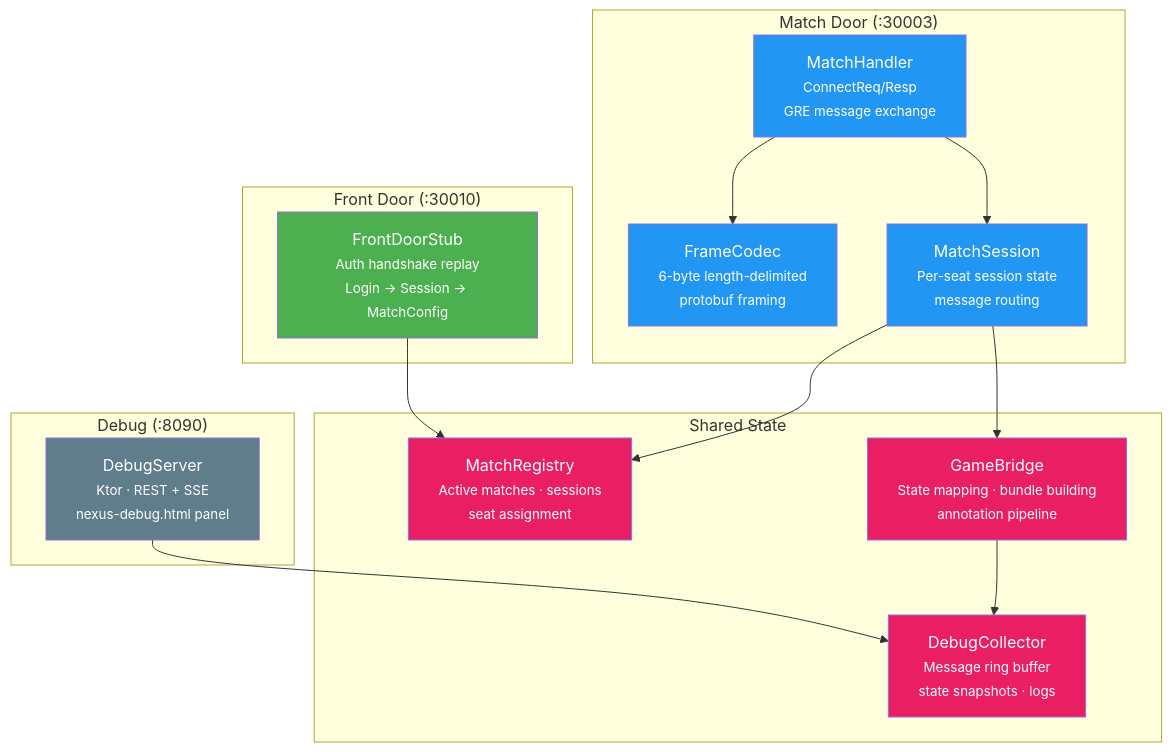
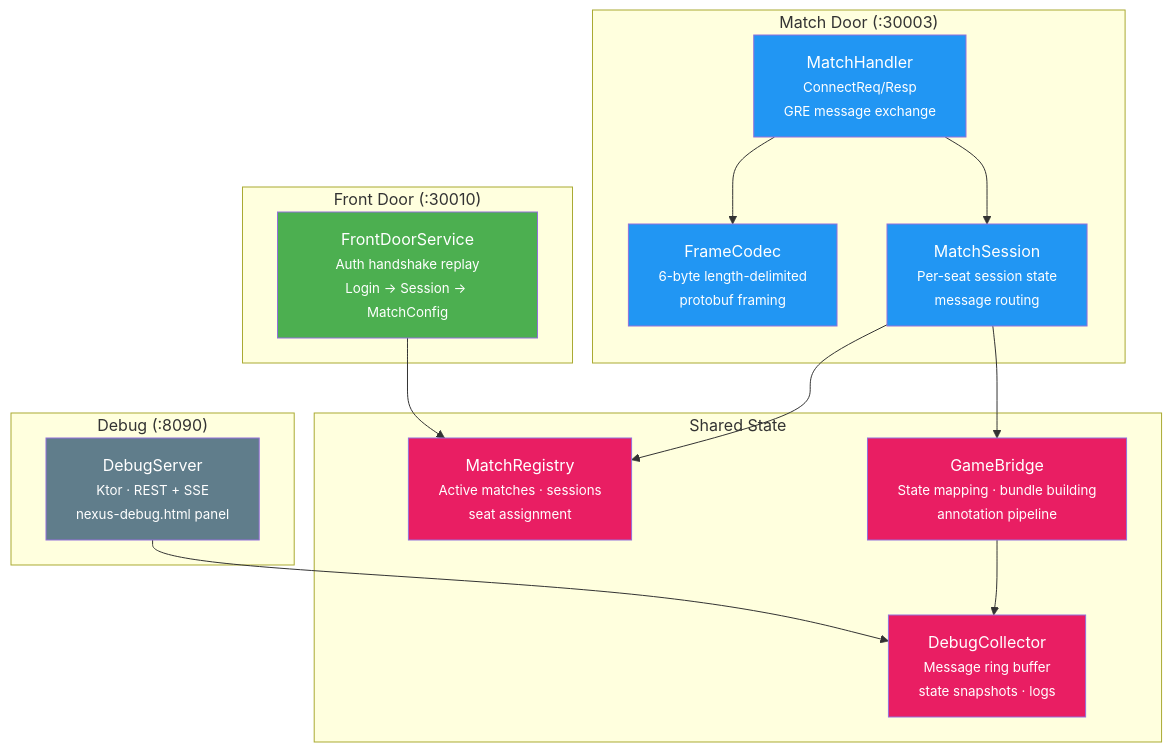
Before and after one commit to delebedev/leyline: the second of 4 diagrams in docs/architecture.md, drawn with Mermaid. The commit also changed other lines of this file and 38 other files, not shown here.

First line of the commit message:
feat(nexus): Front Door stub — fully offline lobby → bot match (#177)

````diff
--- a/docs/architecture.md
+++ b/docs/architecture.md
@@ -62,39 +62,39 @@
 ```mermaid
 graph TB
     subgraph "Front Door (:30010)"
-        FD["FrontDoorStub<br/><small>Auth handshake replay<br/>Login → Session → MatchConfig</small>"]
+        FD["FrontDoorService<br/><small>Auth handshake replay<br/>Login → Session → MatchConfig</small>"]
     end
 
     subgraph "Match Door (:30003)"
         MH["MatchHandler<br/><small>ConnectReq/Resp<br/>GRE message exchange</small>"]
         FC["FrameCodec<br/><small>6-byte length-delimited<br/>protobuf framing</small>"]
         MS["MatchSession<br/><small>Per-seat session state<br/>message routing</small>"]
     end
 
     subgraph "Debug (:8090)"
         DS["DebugServer<br/><small>Ktor · REST + SSE<br/>nexus-debug.html panel</small>"]
     end
 
     subgraph "Shared State"
         MR["MatchRegistry<br/><small>Active matches · sessions<br/>seat assignment</small>"]
         GB["GameBridge<br/><small>State mapping · bundle building<br/>annotation pipeline</small>"]
         DC["DebugCollector<br/><small>Message ring buffer<br/>state snapshots · logs</small>"]
     end
 
     FD --> MR
     MH --> FC
     MH --> MS
     MS --> MR
     MS --> GB
     DS --> DC
     GB --> DC
 
     style FD fill:#4caf50,color:#fff
     style MH fill:#2196f3,color:#fff
     style FC fill:#2196f3,color:#fff
     style MS fill:#2196f3,color:#fff
     style DS fill:#607d8b,color:#fff
     style MR fill:#e91e63,color:#fff
     style GB fill:#e91e63,color:#fff
     style DC fill:#e91e63,color:#fff
 ```
````
